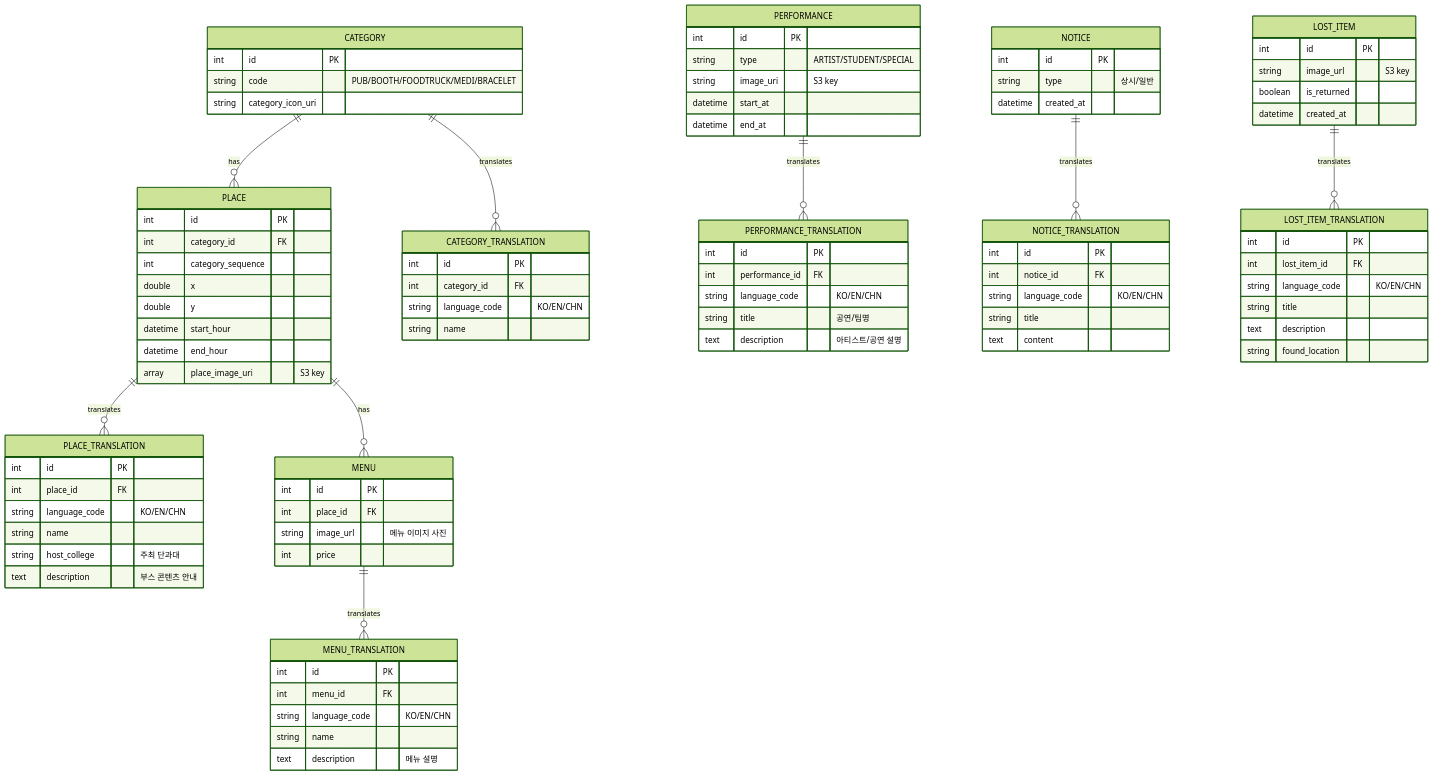
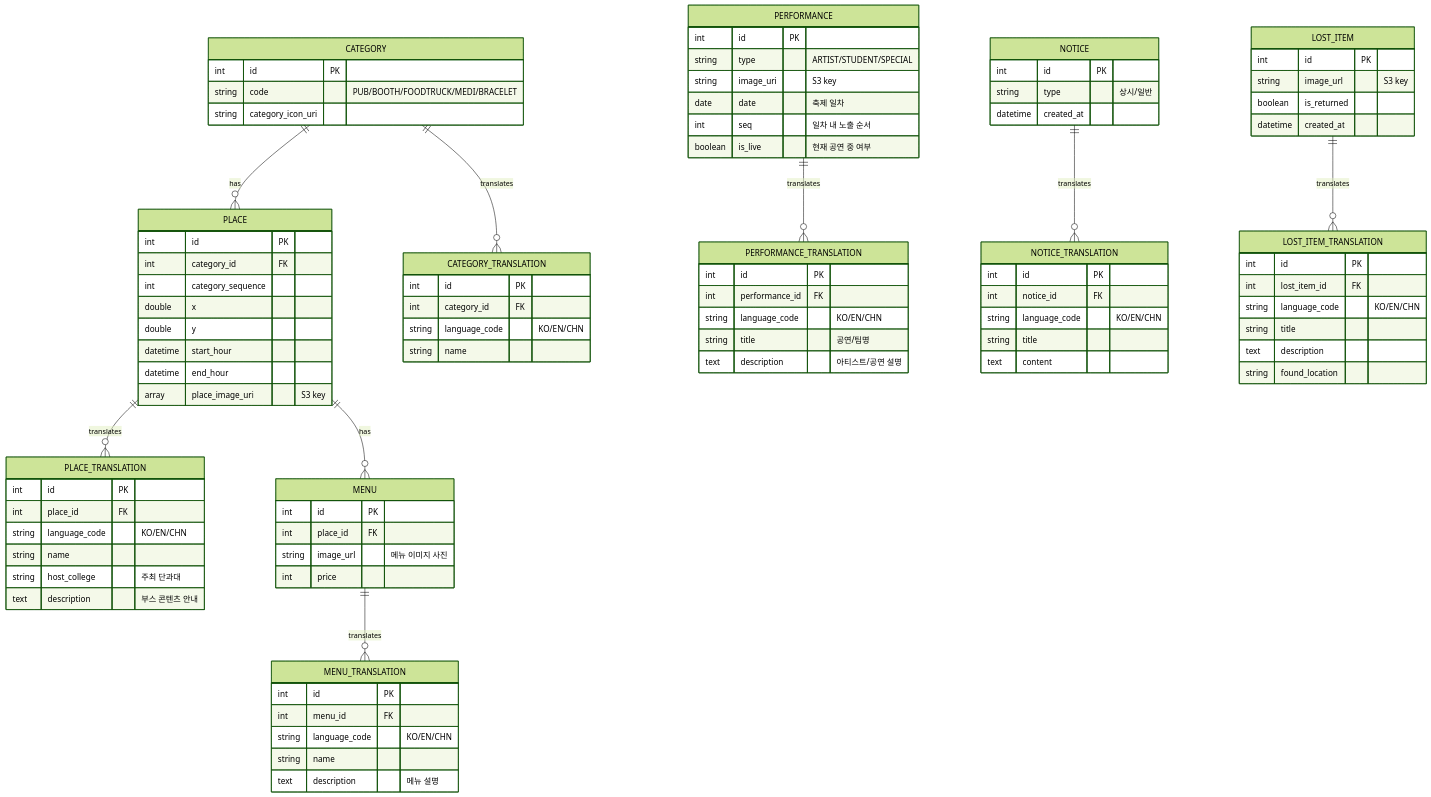
Before and after one commit to Quinquatria-site/backend: the diagram in docs/PRD.md, drawn with Mermaid (forest theme). The commit also changed other lines of this file and 1 other file, not shown here.

```diff
--- a/docs/PRD.md
+++ b/docs/PRD.md
@@ -177,9 +189,10 @@
   PERFORMANCE {
     int id PK
     string type "ARTIST/STUDENT/SPECIAL"
-    string image_uri "S3 key"   
-    datetime start_at
-    datetime end_at
+    string image_uri "S3 key"
+    date date "축제 일차"
+    int seq "일차 내 노출 순서"
+    boolean is_live "현재 공연 중 여부"
   }
 
   PERFORMANCE_TRANSLATION {
```
